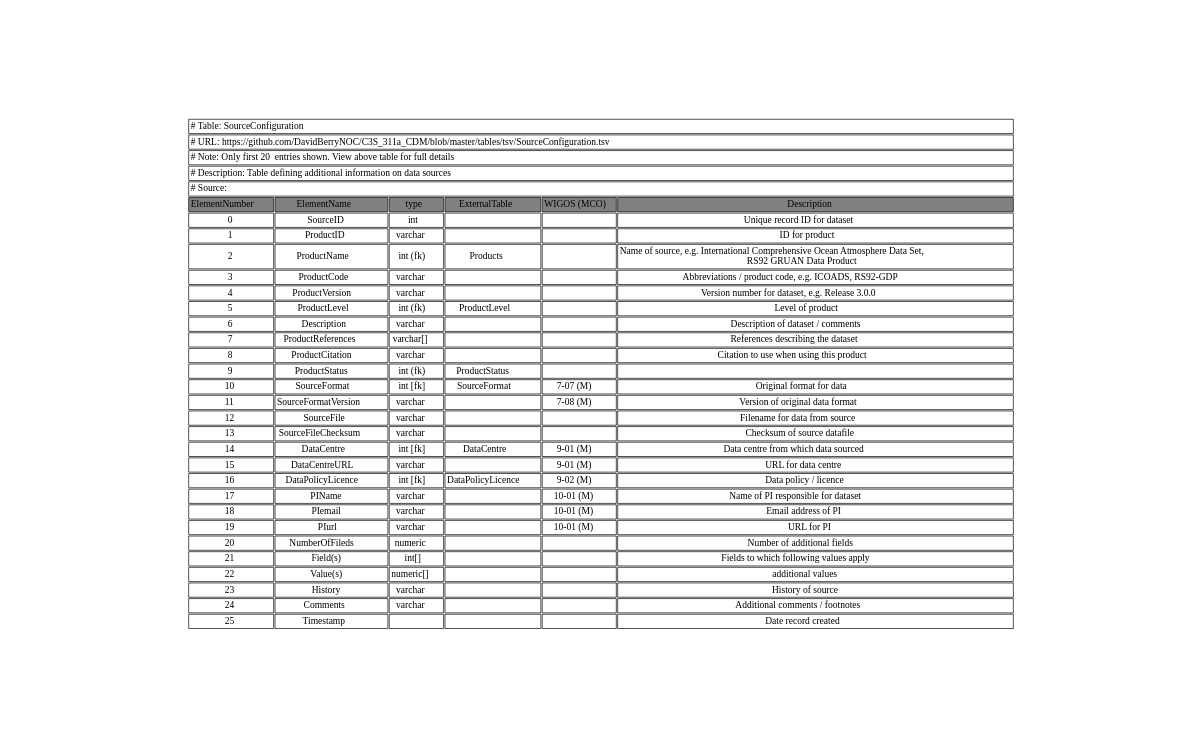
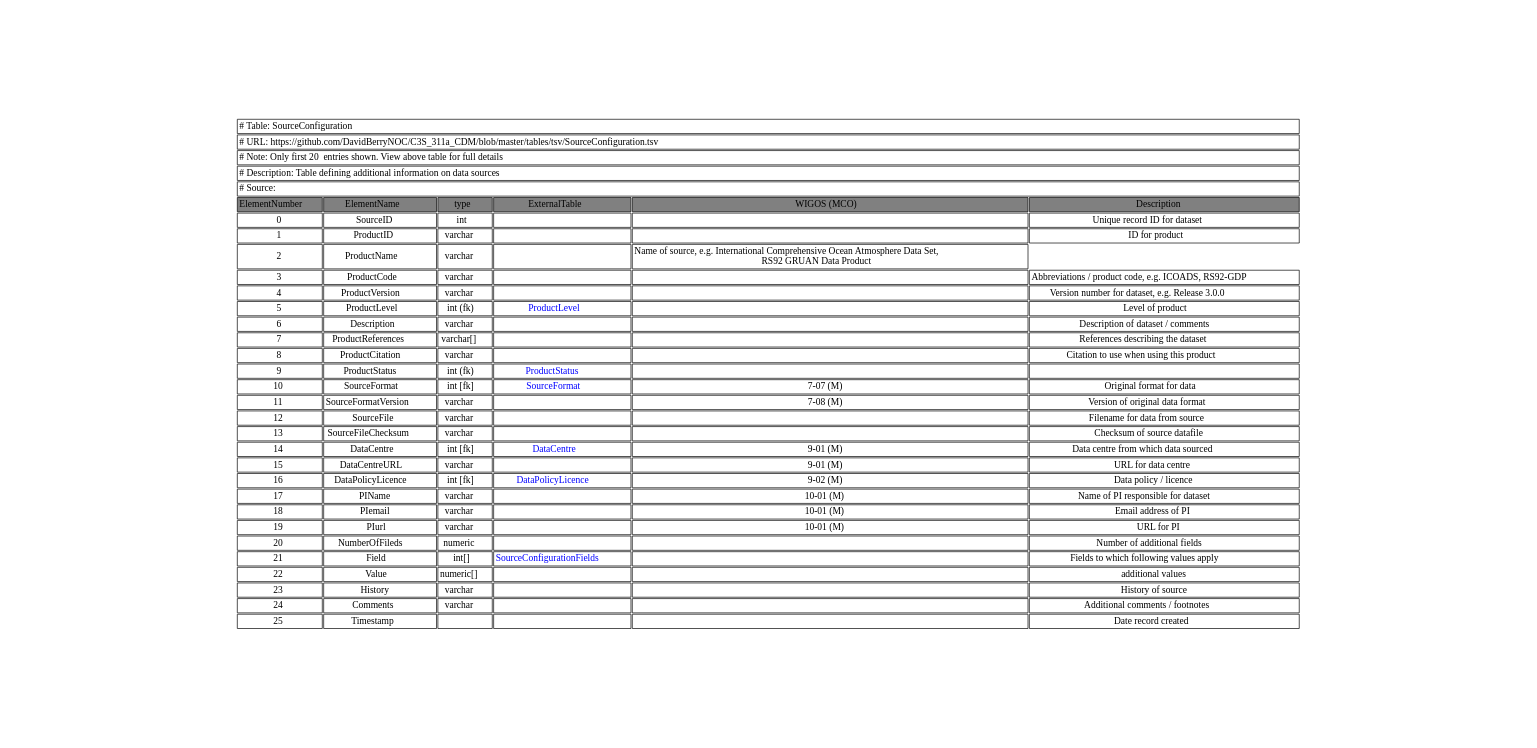
One commit to glamod/common_data_model changed the diagram in tables/gv/SourceConfiguration.gv. Above: the diagram before and after it, drawn with Graphviz. The commit also changed 73 other files, not shown here.

Commit message:
CDM diagram implified to exclude decode tables

```diff
--- a/tables/gv/SourceConfiguration.gv
+++ b/tables/gv/SourceConfiguration.gv
@@ -1,37 +1,37 @@
 digraph SourceConfiguration {
 node [color=white]
 SourceConfiguration [label=<<TABLE BORDER="0" CELLBORDER="1" CELLSPACING="2" COLOR="BLACK">
 <TR><TD COLSPAN="6" ALIGN="left" PORT="head"># Table: SourceConfiguration</TD></TR>
 <TR><TD COLSPAN="6" ALIGN="left"># URL: https://github.com/DavidBerryNOC/C3S_311a_CDM/blob/master/tables/tsv/SourceConfiguration.tsv</TD></TR>
 <TR><TD COLSPAN="6" ALIGN="left"># Note: Only first 20  entries shown. View above table for full details</TD></TR>
 <TR><TD ALIGN="left" COLSPAN="6"># Description: Table defining additional information on data sources</TD></TR>
 <TR><TD ALIGN="left" COLSPAN="6"># Source:</TD></TR>
 <TR><TD BGCOLOR="GRAY">ElementNumber</TD><TD BGCOLOR="GRAY">ElementName</TD><TD BGCOLOR="GRAY">type</TD><TD BGCOLOR="GRAY">ExternalTable</TD><TD BGCOLOR="GRAY">WIGOS (MCO)</TD><TD BGCOLOR="GRAY">Description</TD></TR>
 <TR><TD PORT="SourceIDL">0</TD><TD>SourceID </TD><TD>int </TD><TD></TD><TD></TD><TD PORT="SourceIDR">Unique record ID for dataset </TD></TR>
 <TR><TD PORT="ProductIDL">1</TD><TD>ProductID </TD><TD>varchar </TD><TD></TD><TD></TD><TD PORT="ProductIDR">ID for product </TD></TR>
-<TR><TD PORT="ProductNameL">2</TD><TD>ProductName </TD><TD>int (fk) </TD><TD>Products </TD><TD></TD><TD PORT="ProductNameR">Name of source, e.g. International Comprehensive Ocean Atmosphere Data Set, <BR/>RS92 GRUAN Data Product </TD></TR>
+<TR><TD PORT="ProductNameL">2</TD><TD>ProductName </TD><TD>varchar </TD><TD></TD><TD PORT="ProductNameR">Name of source, e.g. International Comprehensive Ocean Atmosphere Data Set, <BR/>RS92 GRUAN Data Product </TD></TR>
 <TR><TD PORT="ProductCodeL">3</TD><TD>ProductCode </TD><TD>varchar </TD><TD></TD><TD></TD><TD PORT="ProductCodeR">Abbreviations / product code, e.g. ICOADS, RS92-GDP </TD></TR>
 <TR><TD PORT="ProductVersionL">4</TD><TD>ProductVersion </TD><TD>varchar </TD><TD></TD><TD></TD><TD PORT="ProductVersionR">Version number for dataset, e.g. Release 3.0.0 </TD></TR>
-<TR><TD PORT="ProductLevelL">5</TD><TD>ProductLevel </TD><TD>int (fk) </TD><TD>ProductLevel </TD><TD></TD><TD PORT="ProductLevelR">Level of product </TD></TR>
+<TR><TD PORT="ProductLevelL">5</TD><TD>ProductLevel </TD><TD>int (fk) </TD><TD HREF="https://github.com/DavidBerryNOC/C3S_311a_CDM/blob/master/tables/tsv/ProductLevel.tsv"><FONT color="blue">ProductLevel </FONT></TD><TD></TD><TD PORT="ProductLevelR">Level of product </TD></TR>
 <TR><TD PORT="Description L">6</TD><TD>Description </TD><TD>varchar </TD><TD></TD><TD></TD><TD PORT="Description R">Description of dataset / comments </TD></TR>
 <TR><TD PORT="ProductReferencesL">7</TD><TD>ProductReferences </TD><TD>varchar[] </TD><TD></TD><TD></TD><TD PORT="ProductReferencesR">References describing the dataset </TD></TR>
 <TR><TD PORT="ProductCitationL">8</TD><TD>ProductCitation </TD><TD>varchar </TD><TD></TD><TD></TD><TD PORT="ProductCitationR">Citation to use when using this product </TD></TR>
-<TR><TD PORT="ProductStatusL">9</TD><TD>ProductStatus </TD><TD>int (fk) </TD><TD>ProductStatus </TD><TD></TD><TD PORT="ProductStatusR"></TD></TR>
-<TR><TD PORT="SourceFormat L">10</TD><TD>SourceFormat </TD><TD>int [fk] </TD><TD>SourceFormat </TD><TD>7-07 (M) </TD><TD PORT="SourceFormat R">Original format for data </TD></TR>
+<TR><TD PORT="ProductStatusL">9</TD><TD>ProductStatus </TD><TD>int (fk) </TD><TD HREF="https://github.com/DavidBerryNOC/C3S_311a_CDM/blob/master/tables/tsv/ProductStatus.tsv"><FONT color="blue">ProductStatus </FONT></TD><TD></TD><TD PORT="ProductStatusR"></TD></TR>
+<TR><TD PORT="SourceFormat L">10</TD><TD>SourceFormat </TD><TD>int [fk] </TD><TD HREF="https://github.com/DavidBerryNOC/C3S_311a_CDM/blob/master/tables/tsv/SourceFormat.tsv"><FONT color="blue">SourceFormat </FONT></TD><TD>7-07 (M) </TD><TD PORT="SourceFormat R">Original format for data </TD></TR>
 <TR><TD PORT="SourceFormatVersion L">11</TD><TD>SourceFormatVersion </TD><TD>varchar </TD><TD></TD><TD>7-08 (M) </TD><TD PORT="SourceFormatVersion R">Version of original data format </TD></TR>
 <TR><TD PORT="SourceFileL">12</TD><TD>SourceFile </TD><TD>varchar </TD><TD></TD><TD></TD><TD PORT="SourceFileR">Filename for data from source </TD></TR>
 <TR><TD PORT="SourceFileChecksumL">13</TD><TD>SourceFileChecksum </TD><TD>varchar </TD><TD></TD><TD></TD><TD PORT="SourceFileChecksumR">Checksum of source datafile </TD></TR>
-<TR><TD PORT="DataCentre L">14</TD><TD>DataCentre </TD><TD>int [fk] </TD><TD>DataCentre </TD><TD>9-01 (M) </TD><TD PORT="DataCentre R">Data centre from which data sourced </TD></TR>
+<TR><TD PORT="DataCentre L">14</TD><TD>DataCentre </TD><TD>int [fk] </TD><TD HREF="https://github.com/DavidBerryNOC/C3S_311a_CDM/blob/master/tables/tsv/DataCentre.tsv"><FONT color="blue">DataCentre </FONT></TD><TD>9-01 (M) </TD><TD PORT="DataCentre R">Data centre from which data sourced </TD></TR>
 <TR><TD PORT="DataCentreURL L">15</TD><TD>DataCentreURL </TD><TD>varchar </TD><TD></TD><TD>9-01 (M) </TD><TD PORT="DataCentreURL R">URL for data centre </TD></TR>
-<TR><TD PORT="DataPolicyLicence L">16</TD><TD>DataPolicyLicence </TD><TD>int [fk] </TD><TD>DataPolicyLicence </TD><TD>9-02 (M) </TD><TD PORT="DataPolicyLicence R">Data policy / licence </TD></TR>
+<TR><TD PORT="DataPolicyLicence L">16</TD><TD>DataPolicyLicence </TD><TD>int [fk] </TD><TD HREF="https://github.com/DavidBerryNOC/C3S_311a_CDM/blob/master/tables/tsv/DataPolicyLicence.tsv"><FONT color="blue">DataPolicyLicence </FONT></TD><TD>9-02 (M) </TD><TD PORT="DataPolicyLicence R">Data policy / licence </TD></TR>
 <TR><TD PORT="PIName L">17</TD><TD>PIName </TD><TD>varchar </TD><TD></TD><TD>10-01 (M) </TD><TD PORT="PIName R">Name of PI responsible for dataset </TD></TR>
 <TR><TD PORT="PIemail L">18</TD><TD>PIemail </TD><TD>varchar </TD><TD></TD><TD>10-01 (M) </TD><TD PORT="PIemail R">Email address of PI </TD></TR>
 <TR><TD PORT="PIurl L">19</TD><TD>PIurl </TD><TD>varchar </TD><TD></TD><TD>10-01 (M) </TD><TD PORT="PIurl R">URL for PI </TD></TR>
 <TR><TD PORT="NumberOfFiledsL">20</TD><TD>NumberOfFileds </TD><TD>numeric </TD><TD></TD><TD></TD><TD PORT="NumberOfFiledsR">Number of additional fields </TD></TR>
-<TR><TD PORT="Field(s)L">21</TD><TD>Field(s) </TD><TD>int[] </TD><TD></TD><TD></TD><TD PORT="Field(s)R">Fields to which following values apply </TD></TR>
-<TR><TD PORT="Value(s)L">22</TD><TD>Value(s) </TD><TD>numeric[] </TD><TD></TD><TD></TD><TD PORT="Value(s)R">additional values </TD></TR>
+<TR><TD PORT="FieldL">21</TD><TD>Field </TD><TD>int[] </TD><TD HREF="https://github.com/DavidBerryNOC/C3S_311a_CDM/blob/master/tables/tsv/SourceConfigurationFields.tsv"><FONT color="blue">SourceConfigurationFields </FONT></TD><TD></TD><TD PORT="FieldR">Fields to which following values apply </TD></TR>
+<TR><TD PORT="ValueL">22</TD><TD>Value </TD><TD>numeric[] </TD><TD></TD><TD></TD><TD PORT="ValueR">additional values </TD></TR>
 <TR><TD PORT="HistoryL">23</TD><TD>History </TD><TD>varchar </TD><TD></TD><TD></TD><TD PORT="HistoryR">History of source </TD></TR>
 <TR><TD PORT="CommentsL">24</TD><TD>Comments </TD><TD>varchar </TD><TD></TD><TD></TD><TD PORT="CommentsR">Additional comments / footnotes </TD></TR>
 <TR><TD PORT="TimestampL">25</TD><TD>Timestamp </TD><TD></TD><TD></TD><TD></TD><TD PORT="TimestampR">Date record created </TD></TR>
 </TABLE>>];
 }
```
